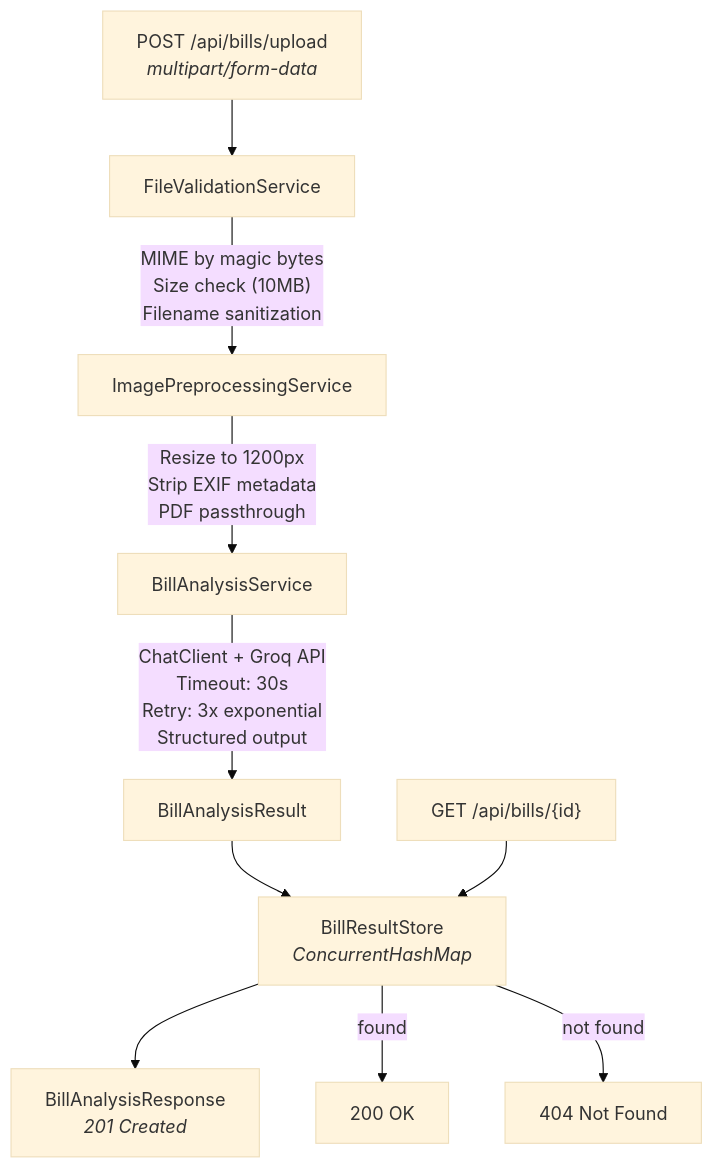
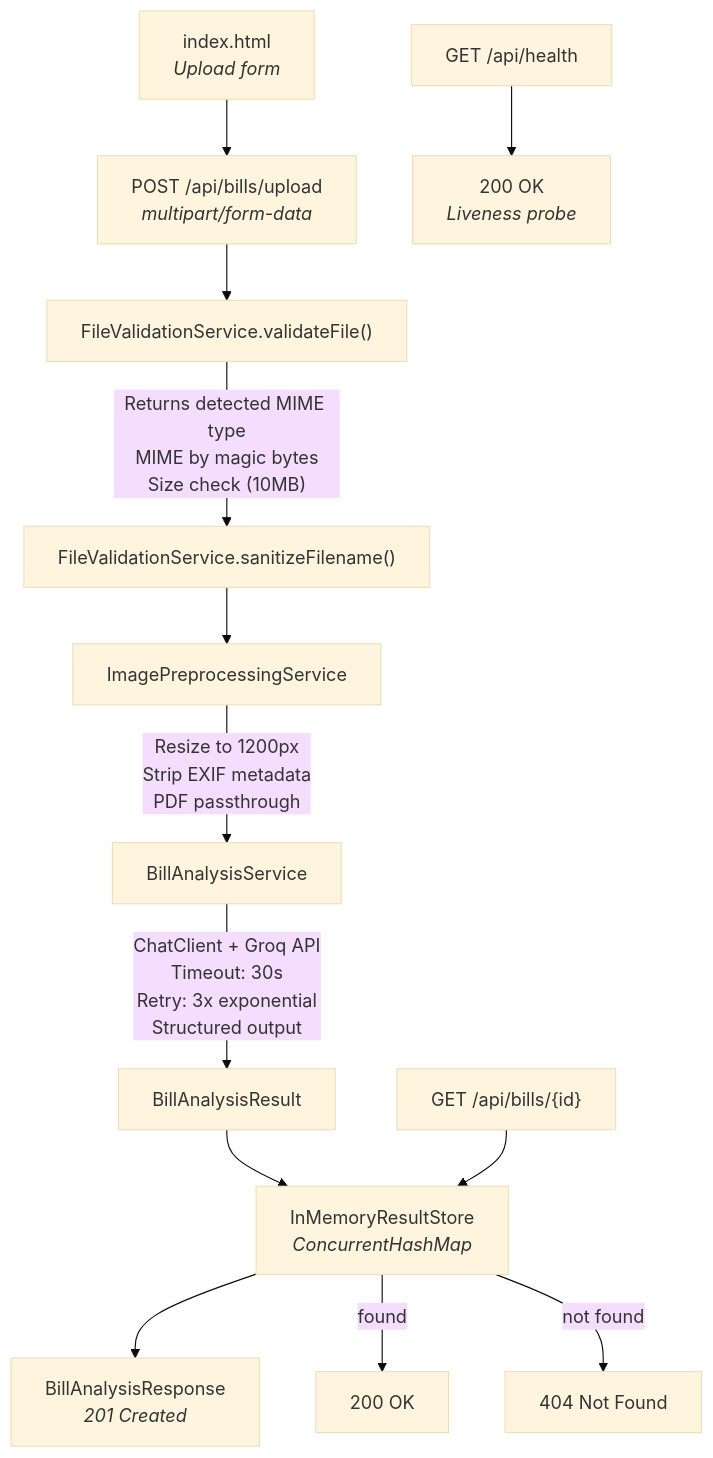
One commit to kojder/bill-manager-actions changed the diagram in wiki/pages/11-Application-Architecture.md. Above: the diagram before and after it, drawn with Mermaid (base theme). The commit also changed other lines of this file and 21 other files, not shown here.

First line of the commit message:
feat(upload): wire end-to-end bill analysis pipeline with UI (#12)

````diff
--- a/wiki/pages/11-Application-Architecture.md
+++ b/wiki/pages/11-Application-Architecture.md
@@ -77,13 +83,17 @@
 ```mermaid
 graph TD
-    UPLOAD["POST /api/bills/upload<br/><i>multipart/form-data</i>"] --> VALIDATE["FileValidationService"]
-    VALIDATE -->|"MIME by magic bytes<br/>Size check (10MB)<br/>Filename sanitization"| PREPROCESS["ImagePreprocessingService"]
+    UI["index.html<br/><i>Upload form</i>"] --> UPLOAD
+    UPLOAD["POST /api/bills/upload<br/><i>multipart/form-data</i>"] --> VALIDATE["FileValidationService.validateFile()"]
+    VALIDATE -->|"Returns detected MIME type<br/>MIME by magic bytes<br/>Size check (10MB)"| SANITIZE["FileValidationService.sanitizeFilename()"]
+    SANITIZE --> PREPROCESS["ImagePreprocessingService"]
     PREPROCESS -->|"Resize to 1200px<br/>Strip EXIF metadata<br/>PDF passthrough"| ANALYZE["BillAnalysisService"]
     ANALYZE -->|"ChatClient + Groq API<br/>Timeout: 30s<br/>Retry: 3x exponential<br/>Structured output"| RESULT["BillAnalysisResult"]
-    RESULT --> STORE["BillResultStore<br/><i>ConcurrentHashMap</i>"]
+    RESULT --> STORE["InMemoryResultStore<br/><i>ConcurrentHashMap</i>"]
     STORE --> RESPONSE["BillAnalysisResponse<br/><i>201 Created</i>"]
 
     RETRIEVE["GET /api/bills/{id}"] --> STORE
     STORE -->|"found"| OK["200 OK"]
     STORE -->|"not found"| NOT_FOUND["404 Not Found"]
+
+    HEALTH["GET /api/health"] --> HEALTH_OK["200 OK<br/><i>Liveness probe</i>"]
 ```
````
